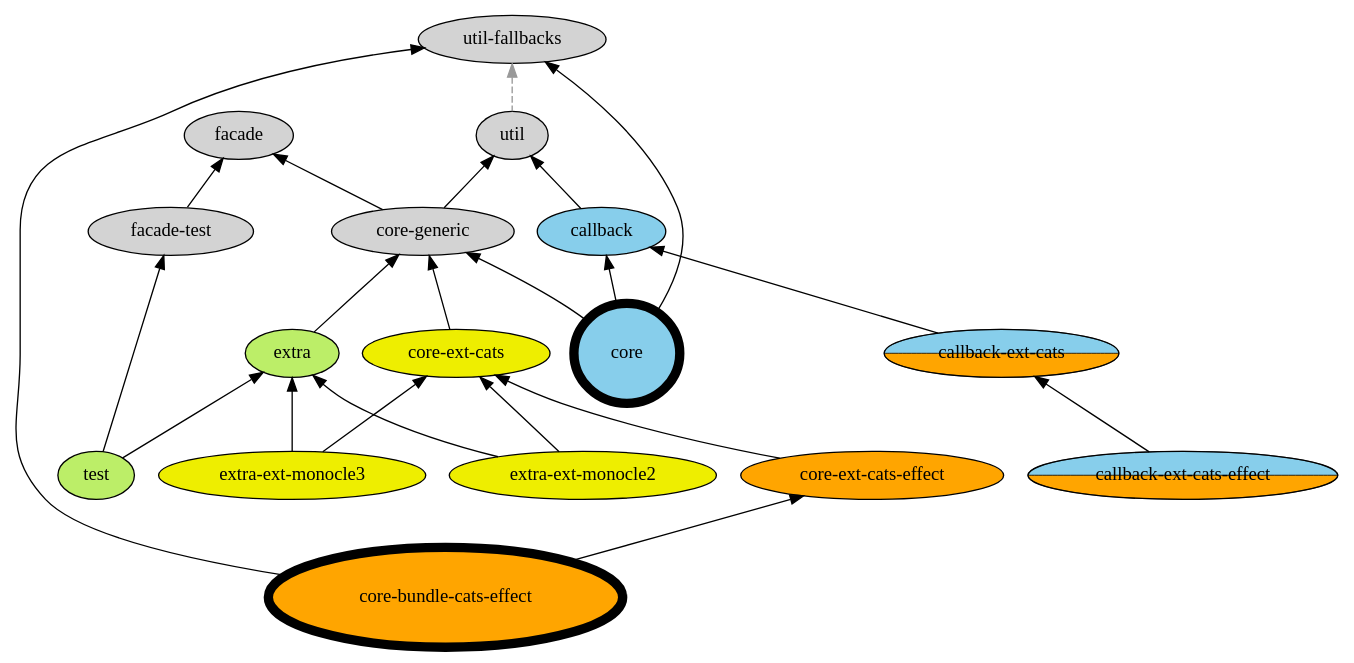
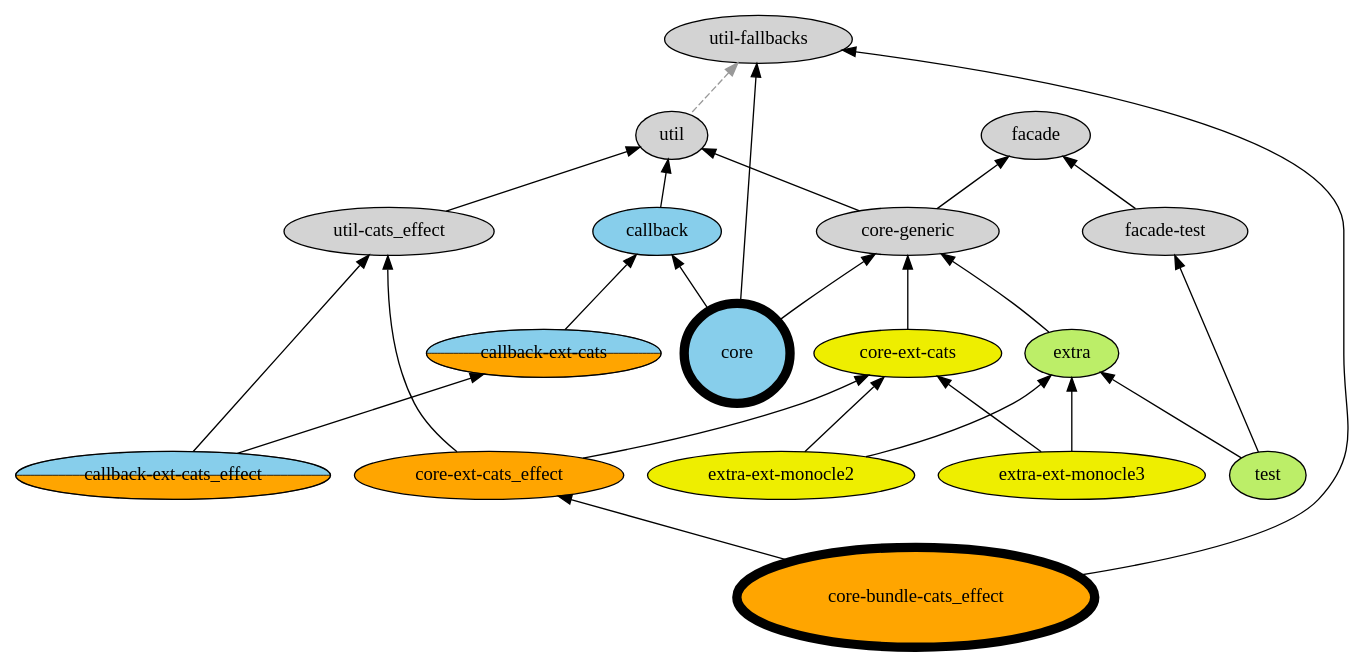
The diagram in doc/modules.gv (japgolly/scalajs-react), drawn with Graphviz before and after one commit. The commit also changed 5 other files, not shown here.

Commit message:
Rename cats{- ⇒ _}effect in artifact names

```diff
--- a/doc/modules.gv
+++ b/doc/modules.gv
@@ -1,44 +1,46 @@
 digraph G {
   edge[dir=back]
 
   node[style=filled] {
+    utilCE [label="util-cats_effect"]
     utilFallbacks [label="util-fallbacks"]
     facadeTest [label="facade-test"]
     coreGeneric [label="core-generic"]
 
     node[fillcolor=darkolivegreen2]
     extra
     testUtil [label="test"]
 
     node[fillcolor=skyblue]
     callback
     core [style="bold,filled" penwidth=7 label=" \n core \n "]
 
     node[fillcolor=yellow2]
     cats [label="core-ext-cats"]
     monocle2 [label="extra-ext-monocle2"]
     monocle3 [label="extra-ext-monocle3"]
 
     node[fillcolor=orange]
-    catsEffect [label="core-ext-cats-effect"]
-    coreCE [style="bold,filled" penwidth=7 label=" \n core-bundle-cats-effect \n "]
+    catsEffect [label="core-ext-cats_effect"]
+    coreCE [style="bold,filled" penwidth=7 label=" \n core-bundle-cats_effect \n "]
 
     node[style="rounded,wedged" fillcolor="skyblue:orange"]
     catsC [label="callback-ext-cats"]
-    catsEffectC [label="callback-ext-cats-effect"]
+    catsEffectC [label="callback-ext-cats_effect"]
   }
 
   utilFallbacks -> util [style=dashed color="#999999"]
+  util -> utilCE -> catsEffectC,catsEffect
   util -> coreGeneric,callback
   facade -> facadeTest
   callback -> core
   facade -> coreGeneric -> core,extra
   extra,facadeTest -> testUtil
 
   coreGeneric -> cats -> catsEffect
   callback -> catsC
   catsC -> catsEffectC
   cats,extra -> monocle2,monocle3
   catsEffect -> coreCE
   utilFallbacks -> core,coreCE
 }
```
